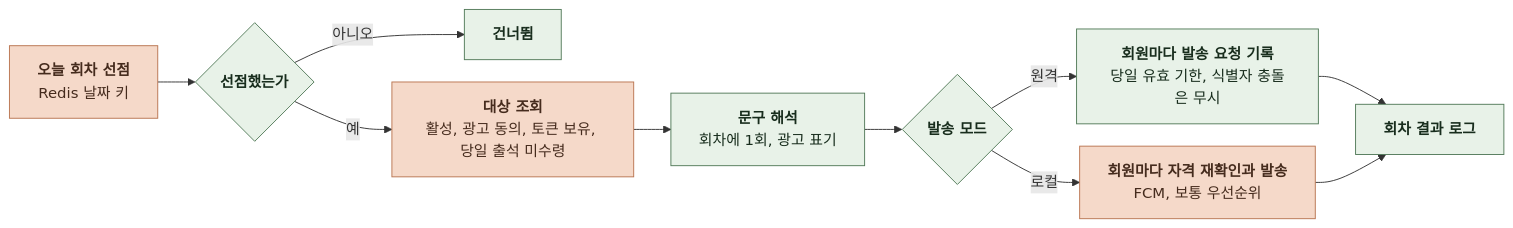
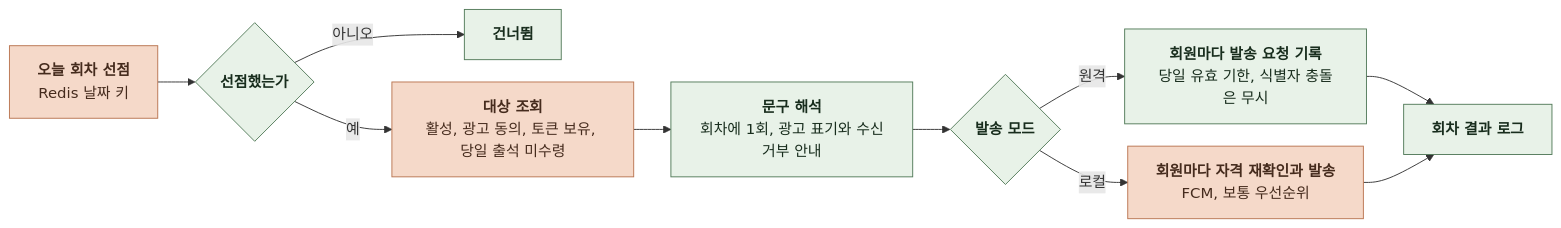
Before and after one commit to KIM-N-KANG/knk-harness: the seventh of 14 diagrams in docs/domain/NOTIFICATION/BACKEND/4-1-PIPELINES.md, drawn with Mermaid. The commit also changed other lines of this file and 10 other files, not shown here.

````diff
--- a/docs/domain/NOTIFICATION/BACKEND/4-1-PIPELINES.md
+++ b/docs/domain/NOTIFICATION/BACKEND/4-1-PIPELINES.md
@@ -192,22 +194,22 @@
 ```mermaid
 %%{init: {"flowchart": {"curve": "basis", "nodeSpacing": 24, "rankSpacing": 40}}}%%
 flowchart LR
     A["`**오늘 회차 선점**
 Redis 날짜 키`"] --> B{"`**선점했는가**`"}
     B -->|아니오| X["`**건너뜀**`"]
     B -->|예| C["`**대상 조회**
 활성, 광고 동의, 토큰 보유, 당일 출석 미수령`"]
     C --> D["`**문구 해석**
-회차에 1회, 광고 표기`"]
+회차에 1회, 광고 표기와 수신거부 안내`"]
     D --> E{"`**발송 모드**`"}
     E -->|원격| F["`**회원마다 발송 요청 기록**
 당일 유효 기한, 식별자 충돌은 무시`"]
     E -->|로컬| H["`**회원마다 자격 재확인과 발송**
 FCM, 보통 우선순위`"]
     F --> G["`**회차 결과 로그**`"]
     H --> G
     classDef comp fill:#E8F2E8,stroke:#527A59,color:#182D1D
     classDef task fill:#F5D9C9,stroke:#B97450,color:#452B1D
     class B,D,E,F,G,X comp
     class A,C,H task
 ```
````
